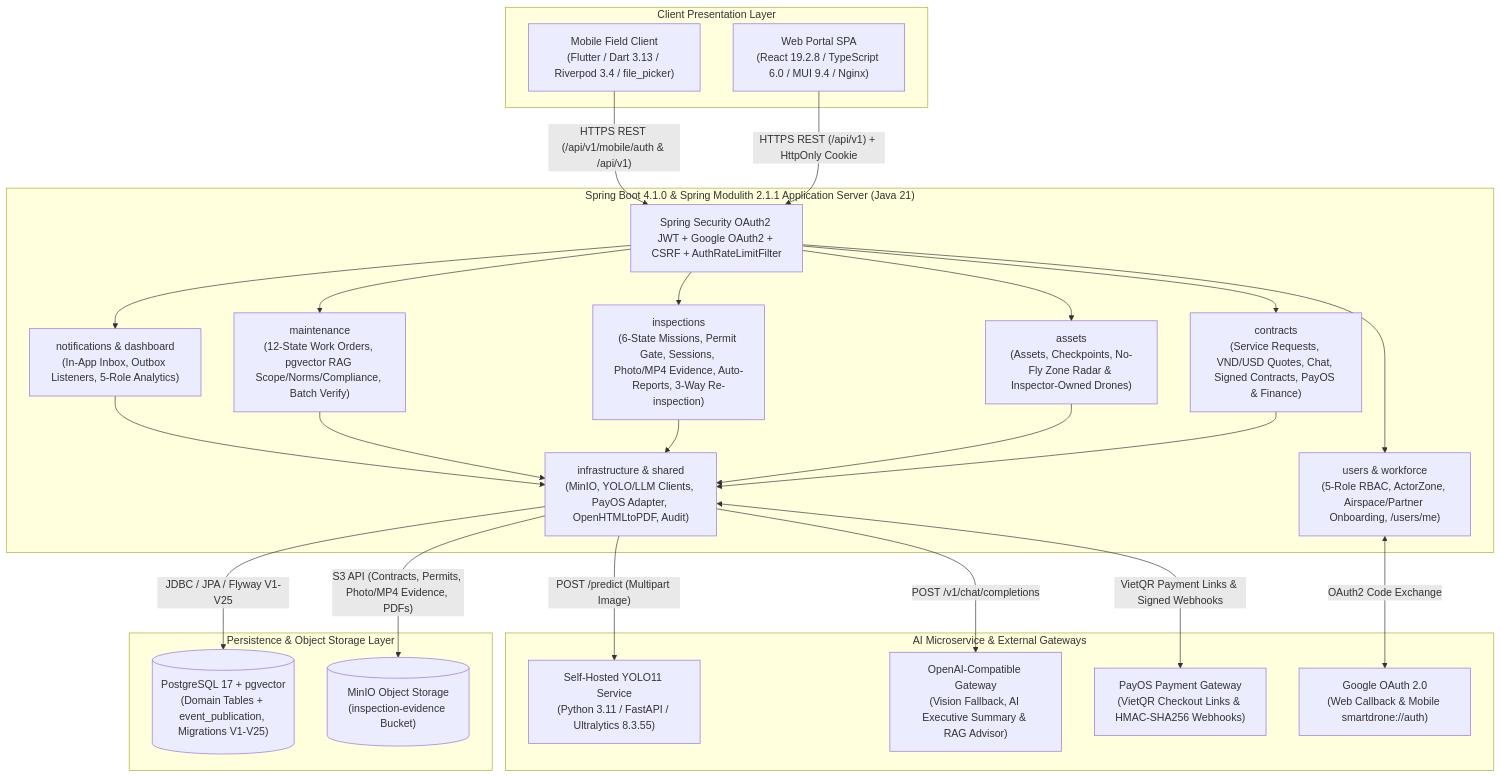
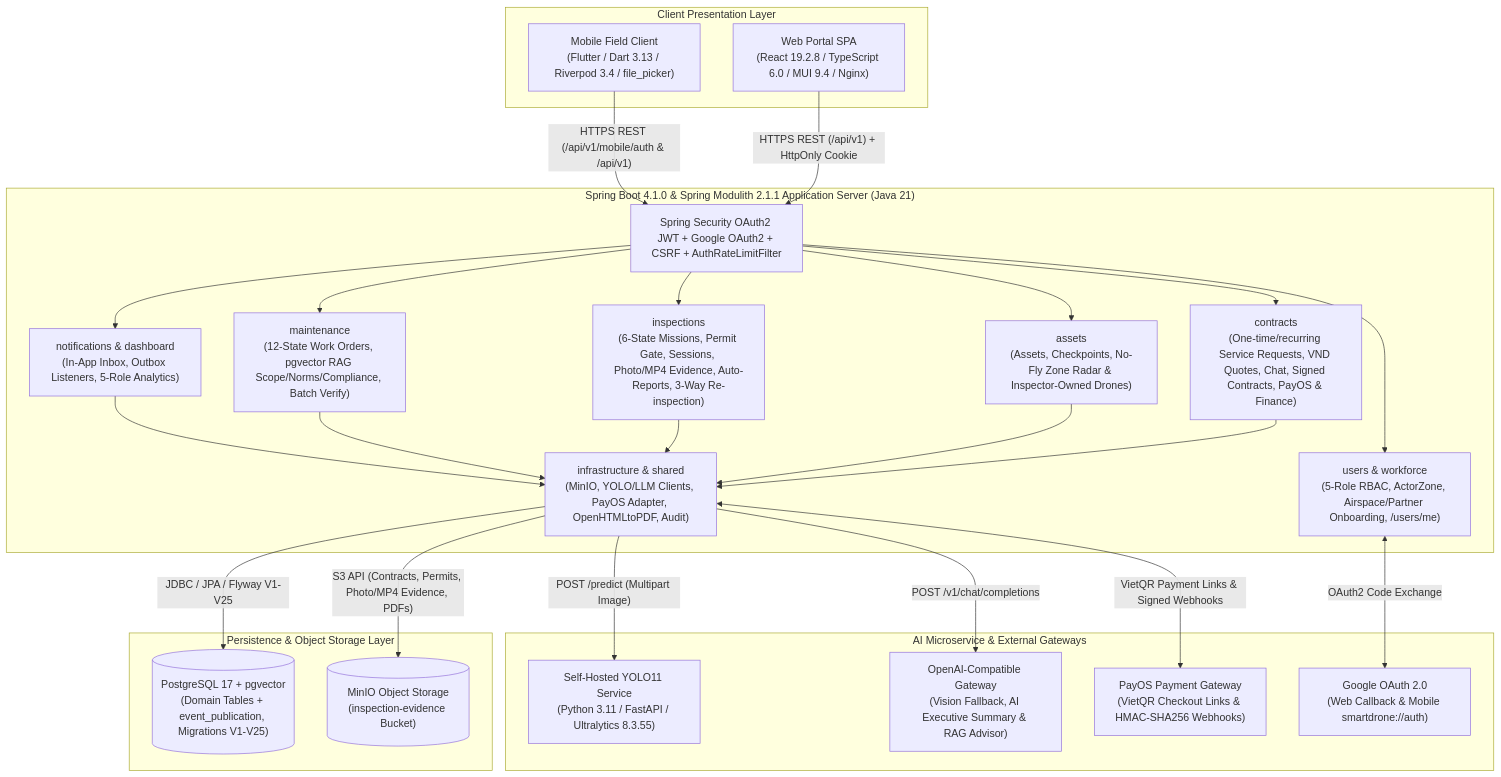
Before and after one commit to josecerejo/SmartDroneInspection-Docs: the first of 2 diagrams in reports/report-4-software-design-document/01-system-design.md, drawn with Mermaid. The commit also changed other lines of this file and 30 other files, not shown here.

````diff
--- a/reports/report-4-software-design-document/01-system-design.md
+++ b/reports/report-4-software-design-document/01-system-design.md
@@ -16,54 +16,54 @@
 ```mermaid
 %% title: System Architecture Diagram
 flowchart TD
   subgraph Clients["Client Presentation Layer"]
     CLIENT_WEB["Web Portal SPA\n(React 19.2.8 / TypeScript 6.0 / MUI 9.4 / Nginx)"]
     CLIENT_MOB["Mobile Field Client\n(Flutter / Dart 3.13 / Riverpod 3.4 / file_picker)"]
   end
 
   subgraph Backend["Spring Boot 4.1.0 & Spring Modulith 2.1.1 Application Server (Java 21)"]
     SEC_FILTER["Spring Security OAuth2 JWT + Google OAuth2 + CSRF + AuthRateLimitFilter"]
     MOD_USERS["users & workforce\n(5-Role RBAC, ActorZone, Airspace/Partner Onboarding, /users/me)"]
-    MOD_CONTRACTS["contracts\n(Service Requests, VND/USD Quotes, Chat, Signed Contracts, PayOS & Finance)"]
+    MOD_CONTRACTS["contracts\n(One-time/recurring Service Requests, VND Quotes, Chat, Signed Contracts, PayOS & Finance)"]
     MOD_ASSETS["assets\n(Assets, Checkpoints, No-Fly Zone Radar & Inspector-Owned Drones)"]
     MOD_INSP["inspections\n(6-State Missions, Permit Gate, Sessions, Photo/MP4 Evidence, Auto-Reports, 3-Way Re-inspection)"]
     MOD_MAINT["maintenance\n(12-State Work Orders, pgvector RAG Scope/Norms/Compliance, Batch Verify)"]
     MOD_NOTIF["notifications & dashboard\n(In-App Inbox, Outbox Listeners, 5-Role Analytics)"]
     MOD_INFRA["infrastructure & shared\n(MinIO, YOLO/LLM Clients, PayOS Adapter, OpenHTMLtoPDF, Audit)"]
   end
 
   subgraph DataAndStorage["Persistence & Object Storage Layer"]
     DB_PG[("PostgreSQL 17 + pgvector\n(Domain Tables + event_publication, Migrations V1-V25)")]
     STORE_MINIO[("MinIO Object Storage\n(inspection-evidence Bucket)")]
   end
 
   subgraph ExternalAndAI["AI Microservice & External Gateways"]
     AI_SERVICE["Self-Hosted YOLO11 Service\n(Python 3.11 / FastAPI / Ultralytics 8.3.55)"]
     LLM_GATEWAY["OpenAI-Compatible Gateway\n(Vision Fallback, AI Executive Summary & RAG Advisor)"]
     PAYOS["PayOS Payment Gateway\n(VietQR Checkout Links & HMAC-SHA256 Webhooks)"]
     GOOGLE_OAUTH["Google OAuth 2.0\n(Web Callback & Mobile smartdrone://auth)"]
   end
 
   CLIENT_WEB -->|"HTTPS REST (/api/v1) + HttpOnly Cookie"| SEC_FILTER
   CLIENT_MOB -->|"HTTPS REST (/api/v1/mobile/auth & /api/v1)"| SEC_FILTER
 
   SEC_FILTER --> MOD_USERS
   SEC_FILTER --> MOD_CONTRACTS
   SEC_FILTER --> MOD_ASSETS
   SEC_FILTER --> MOD_INSP
   SEC_FILTER --> MOD_MAINT
   SEC_FILTER --> MOD_NOTIF
 
   MOD_CONTRACTS --> MOD_INFRA
   MOD_ASSETS --> MOD_INFRA
   MOD_INSP --> MOD_INFRA
   MOD_MAINT --> MOD_INFRA
   MOD_NOTIF --> MOD_INFRA
 
   MOD_INFRA -->|"JDBC / JPA / Flyway V1-V25"| DB_PG
   MOD_INFRA -->|"S3 API (Contracts, Permits, Photo/MP4 Evidence, PDFs)"| STORE_MINIO
   MOD_INFRA -->|"POST /predict (Multipart Image)"| AI_SERVICE
   MOD_INFRA -->|"POST /v1/chat/completions"| LLM_GATEWAY
   MOD_INFRA <-->|"VietQR Payment Links & Signed Webhooks"| PAYOS
   MOD_USERS <-->|"OAuth2 Code Exchange"| GOOGLE_OAUTH
 ```
````
